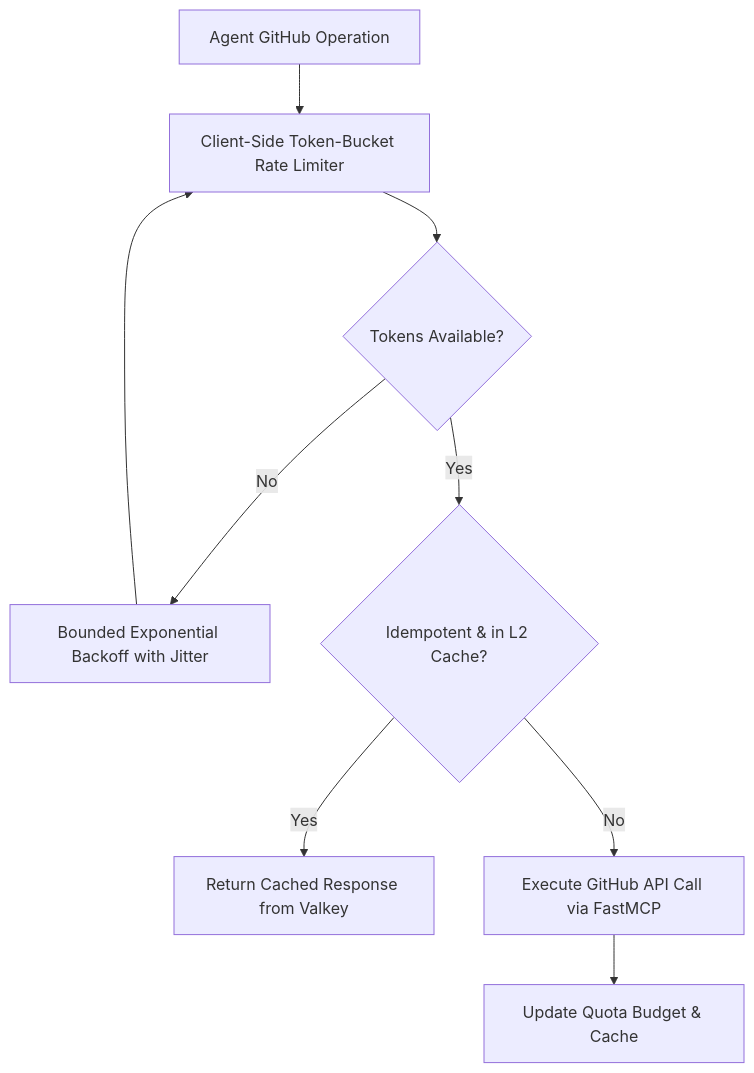
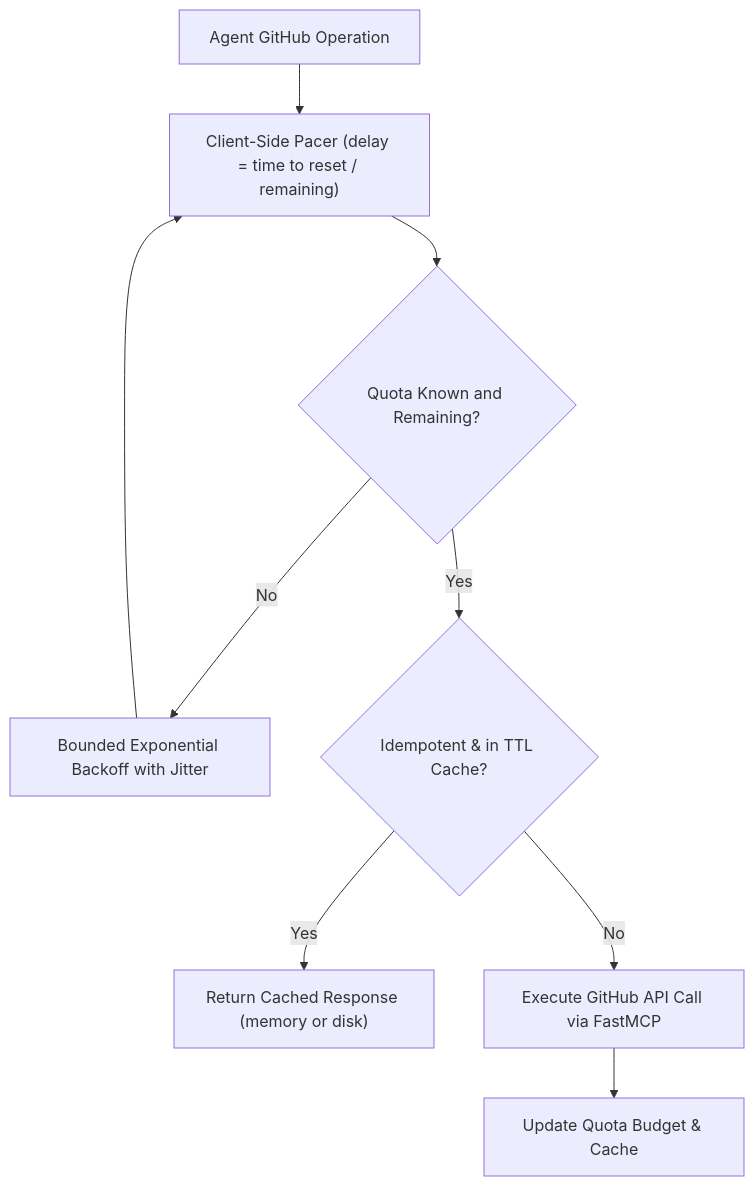
Before and after one commit to dan-petty/vibes: the diagram in observations/devops-cli/06-rate-limits-and-anti-brittle-heuristics.md, drawn with Mermaid. The commit also changed other lines of this file and 248 other files, not shown here.

````diff
--- a/observations/devops-cli/06-rate-limits-and-anti-brittle-heuristics.md
+++ b/observations/devops-cli/06-rate-limits-and-anti-brittle-heuristics.md
@@ -51,11 +51,11 @@
 ```mermaid
 flowchart TD
-    Op[Agent GitHub Operation] --> Limiter[Client-Side Token-Bucket Rate Limiter]
-    Limiter --> Check{Tokens Available?}
+    Op[Agent GitHub Operation] --> Limiter["Client-Side Pacer (delay = time to reset / remaining)"]
+    Limiter --> Check{Quota Known and Remaining?}
     Check -- No --> Backoff[Bounded Exponential Backoff with Jitter]
     Backoff --> Limiter
-    Check -- Yes --> Cache{Idempotent & in L2 Cache?}
-    Cache -- Yes --> Serve[Return Cached Response from Valkey]
+    Check -- Yes --> Cache{Idempotent & in TTL Cache?}
+    Cache -- Yes --> Serve["Return Cached Response (memory or disk)"]
     Cache -- No --> Network[Execute GitHub API Call via FastMCP]
     Network --> Update[Update Quota Budget & Cache]
 ```
````
